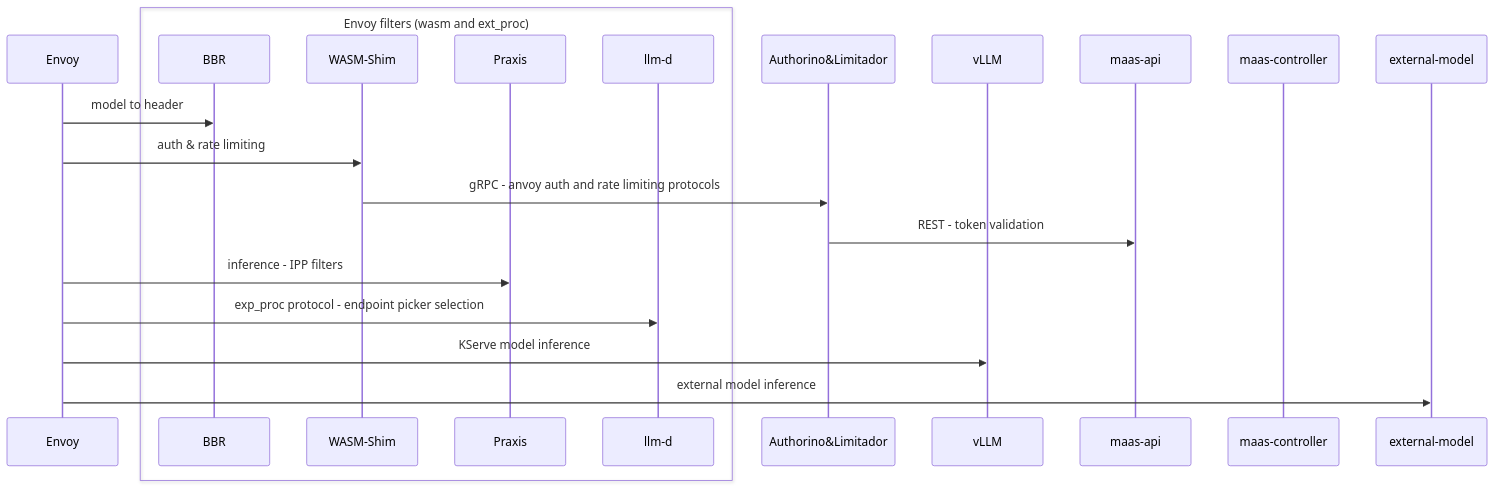
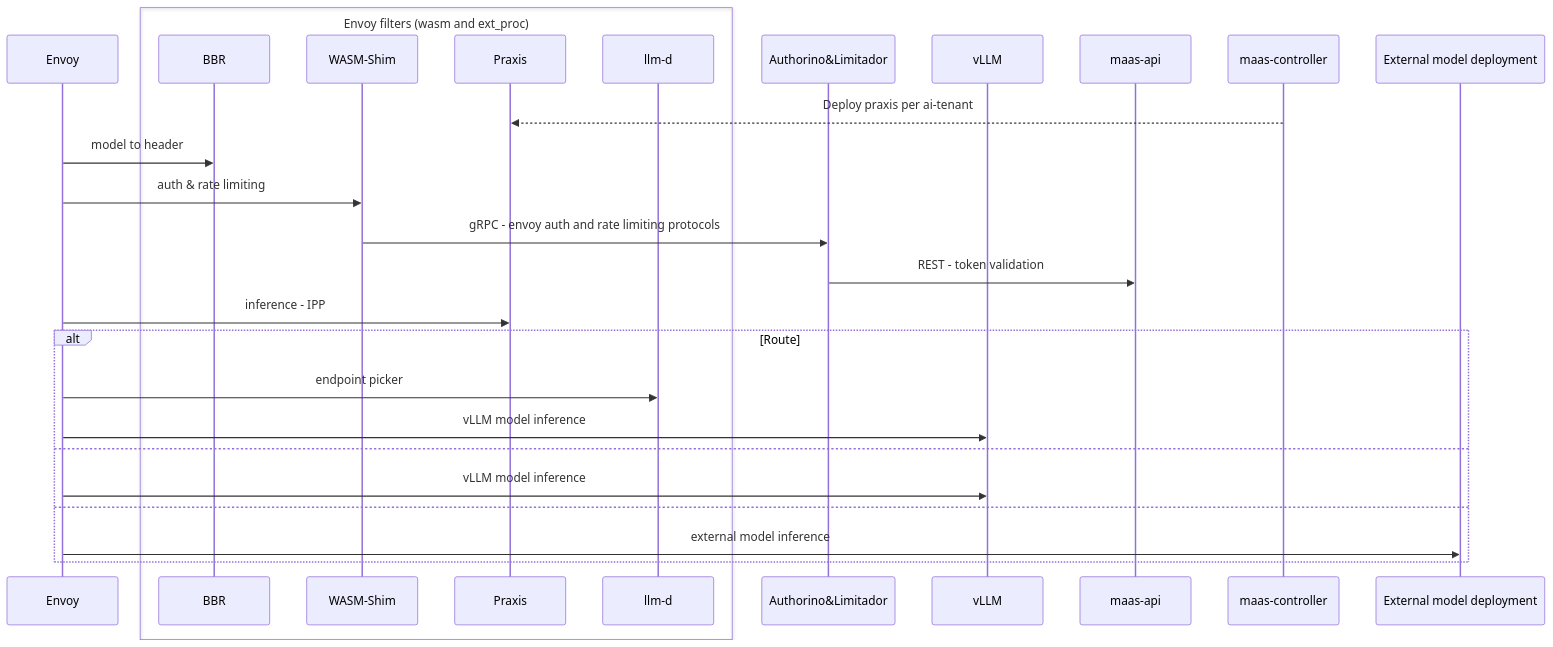
The first of 2 diagrams in docs/proposals/ai-gateway 3.6 discussion.md (mariusdanciu/praxis-extproc), drawn with Mermaid before and after one commit. The commit also changed other lines of this file, not shown here.

````diff
--- a/docs/proposals/ai-gateway 3.6 discussion.md
+++ b/docs/proposals/ai-gateway 3.6 discussion.md
@@ -6,25 +6,31 @@
 ```mermaid
 sequenceDiagram
-    participant Envoy
+    participant envoy as Envoy
     box Envoy filters (wasm and ext_proc)
         participant BBR
-        participant WASM-Shim
-        participant Praxis
+        participant ws as WASM-Shim
+        participant praxis as Praxis
         participant llm-d
     end
-    participant AL as Authorino&Limitador
+    participant al as Authorino&Limitador
     participant vLLM
-    participant maas-api
-    participant maas-controller
-    participant external-model
+    participant ma as maas-api
+    participant mc as maas-controller
+    participant em as External model deployment
 
-    Envoy->>BBR: model to header
-    Envoy->>WASM-Shim: auth & rate limiting
-    WASM-Shim->>AL: gRPC - anvoy auth and rate limiting protocols
-    AL->>maas-api: REST - token validation 
-    Envoy->>Praxis: inference - IPP filters
-    Envoy->>llm-d: exp_proc protocol - endpoint picker selection
-    Envoy->>vLLM: KServe model inference
-    Envoy->>external-model: external model inference
+    mc-->>praxis: Deploy praxis per ai-tenant
+    envoy->>BBR: model to header
+    envoy->>ws: auth & rate limiting
+    ws->>al: gRPC - envoy auth and rate limiting protocols
+    al->>ma: REST - token validation 
+    envoy->>praxis: inference - IPP
+    alt Route
+        envoy->>llm-d: endpoint picker
+        envoy->>vLLM: vLLM model inference
+    else
+        envoy->>vLLM: vLLM model inference
+    else 
+        envoy->>em: external model inference
+    end
 
 ```
````
